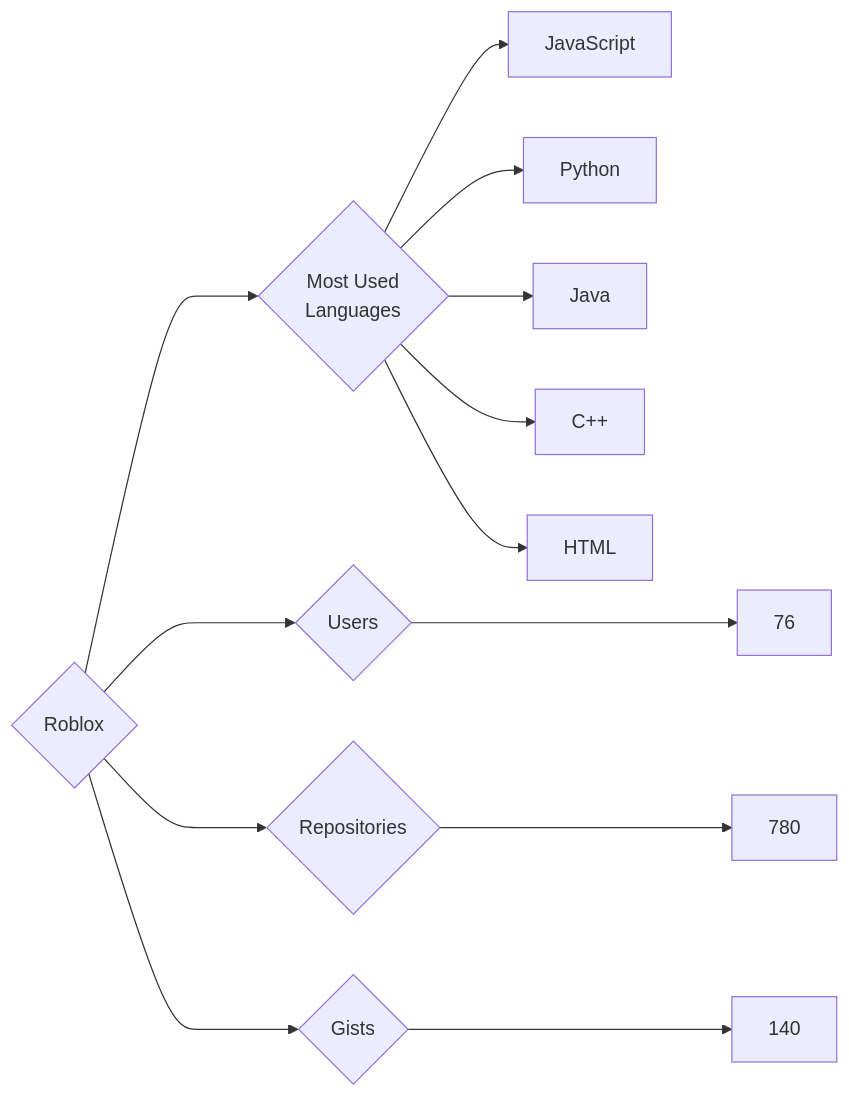
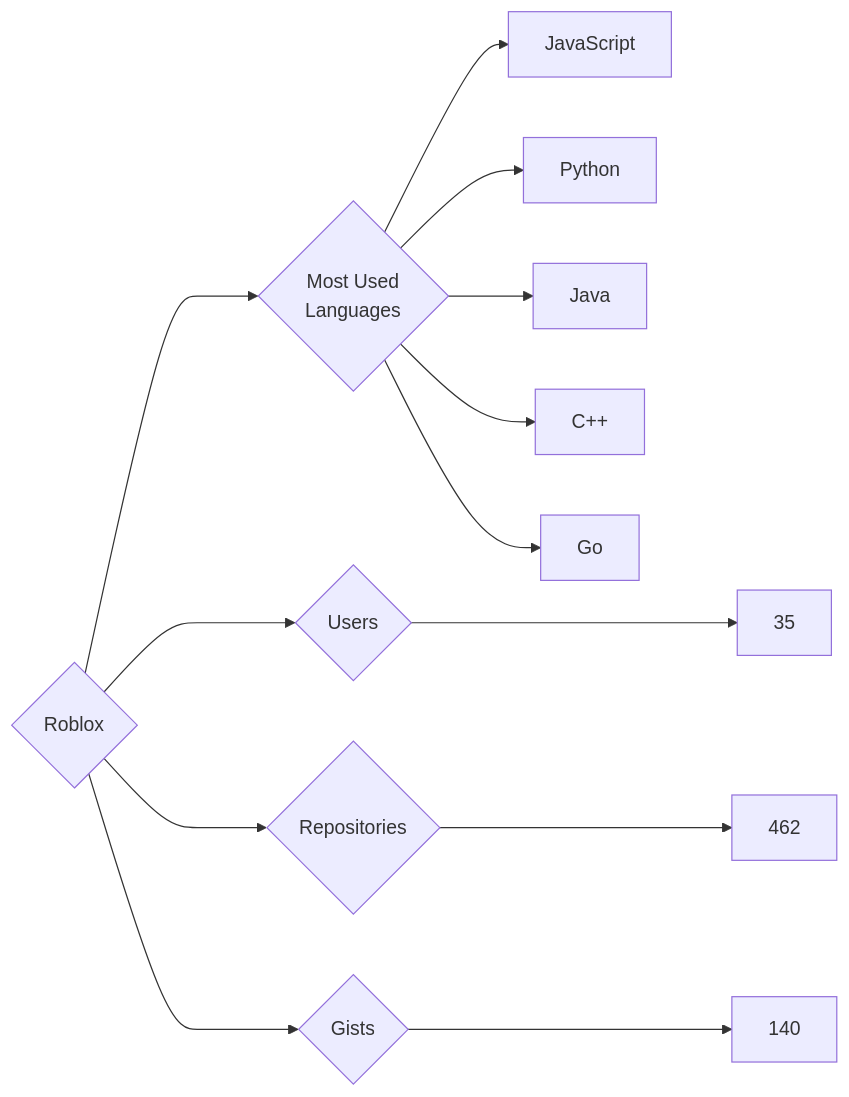
Before and after one commit to trickest/insiders: the diagram in targets/Roblox/README.md, drawn with Mermaid. The commit also changed 681 other files, not shown here.

````diff
--- a/targets/Roblox/README.md
+++ b/targets/Roblox/README.md
@@ -3,13 +3,13 @@
 ```mermaid
 graph LR
 COMPANY_NAME{Roblox}
-COMPANY_NAME ---> U{Users} ---> UN[76]
-COMPANY_NAME ---> R{Repositories} ---> RN[780]
+COMPANY_NAME ---> U{Users} ---> UN[35]
+COMPANY_NAME ---> R{Repositories} ---> RN[462]
 COMPANY_NAME ---> G{Gists} ---> GN[140]
 COMPANY_NAME ---> ML{Most Used<br>Languages}
 ML --> JavaScript[JavaScript]
 ML --> Python[Python]
 ML --> Java[Java]
 ML --> C++[C++]
-ML --> HTML[HTML]
+ML --> Go[Go]
 ```
````
